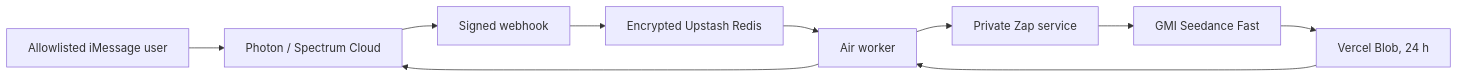
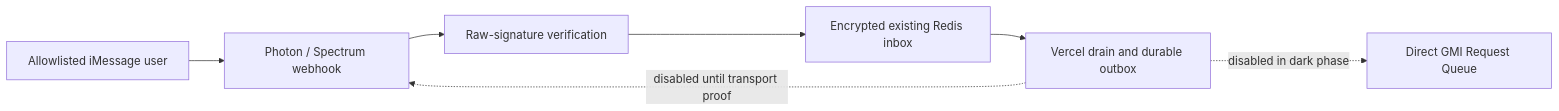
Before and after one commit to gratitude5dee/air: the diagram in README.md, drawn with Mermaid. The commit also changed other lines of this file and 68 other files, not shown here.

Commit message:
feat: add direct dark iMessage studio

````diff
--- a/README.md
+++ b/README.md
@@ -30,12 +28,9 @@
 ```mermaid
 flowchart LR
-  U["Allowlisted iMessage user"] --> P["Photon / Spectrum Cloud"]
-  P --> W["Signed webhook"]
-  W --> R["Encrypted Upstash Redis"]
-  R --> A["Air worker"]
-  A --> Z["Private Zap service"]
-  Z --> G["GMI Seedance Fast"]
-  G --> B["Vercel Blob, 24 h"]
-  B --> A
-  A --> P
+  I["Allowlisted iMessage user"] --> P["Photon / Spectrum webhook"]
+  P --> W["Raw-signature verification"]
+  W --> R["Encrypted existing Redis inbox"]
+  R --> D["Vercel drain and durable outbox"]
+  D -. "disabled in dark phase" .-> G["Direct GMI Request Queue"]
+  D -. "disabled until transport proof" .-> P
 ```
````
